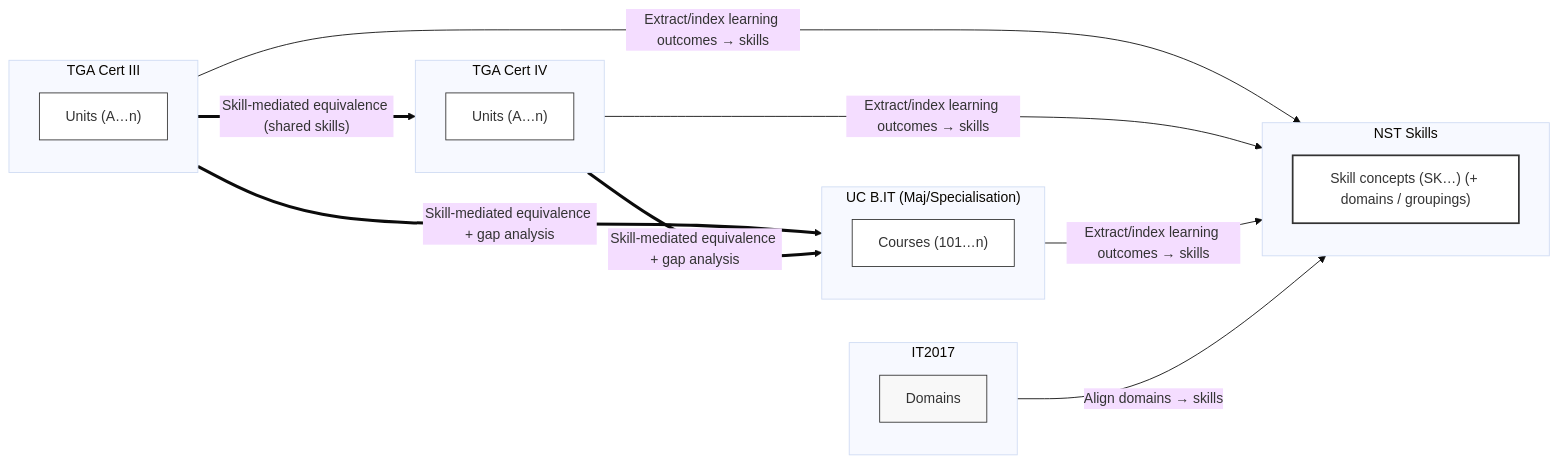
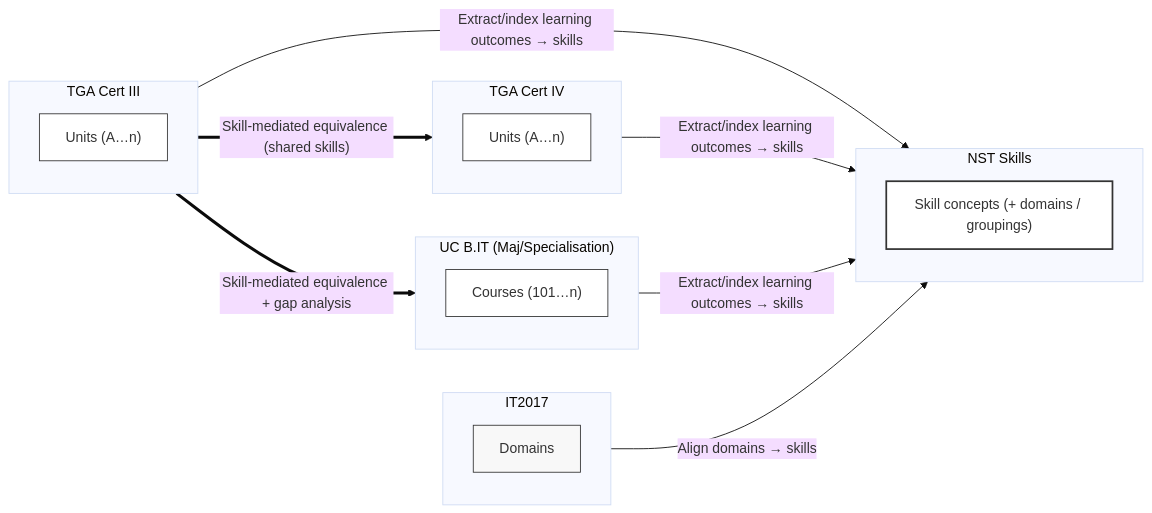
Before and after one commit to leskneebone/skills-SPARQL: the third of 3 diagrams in reports/creditTransferModels.md, drawn with Mermaid (base theme).

````diff
--- a/reports/creditTransferModels.md
+++ b/reports/creditTransferModels.md
@@ -87,38 +87,37 @@
 ```mermaid
 flowchart LR
   %% Diagram 3 — NST Skills as bridge (indexes VET + HE + IT2017)
   subgraph CertIII["TGA Cert III"]
     C3["Units (A…n)"]:::unit
   end
 
   subgraph CertIV["TGA Cert IV"]
     C4["Units (A…n)"]:::unit
   end
 
   subgraph UCBIT["UC B.IT (Maj/Specialisation)"]
     UC["Courses (101…n)"]:::unit
   end
 
   subgraph IT2017["IT2017"]
     KA["Domains"]:::scheme
   end
 
   subgraph NST["NST Skills"]
-    Skills["Skill concepts (SK…) (+ domains / groupings)"]:::hero
+    Skills["Skill concepts (+ domains / groupings)"]:::hero
   end
 
   %% NST indexes everything
   CertIII -->|"Extract/index learning outcomes → skills"| NST
   CertIV  -->|"Extract/index learning outcomes → skills"| NST
   UCBIT  -->|"Extract/index learning outcomes → skills"| NST
   IT2017 -->|"Align domains → skills"| NST
 
   %% Credit transfer becomes skill-mediated
   CertIII == "Skill-mediated equivalence + gap analysis" ==> UCBIT
-  CertIV  == "Skill-mediated equivalence + gap analysis" ==> UCBIT
   CertIII == "Skill-mediated equivalence (shared skills)" ==> CertIV
 
   classDef unit fill:#fff,stroke:#333,stroke-width:1px;
   classDef scheme fill:#f8f8f8,stroke:#333,stroke-width:1px;
   classDef hero fill:#fff,stroke:#333,stroke-width:2px;
 ```
````
